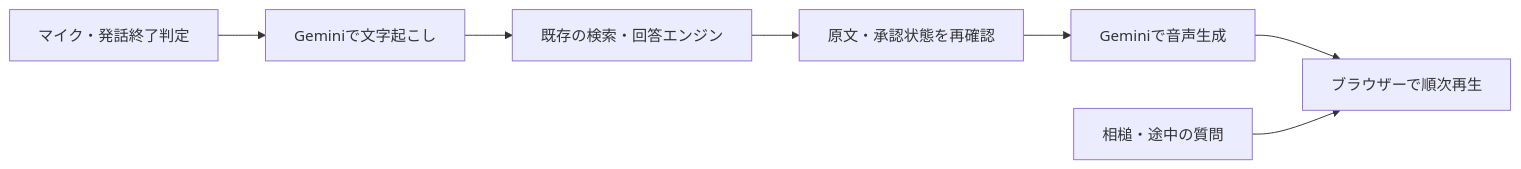
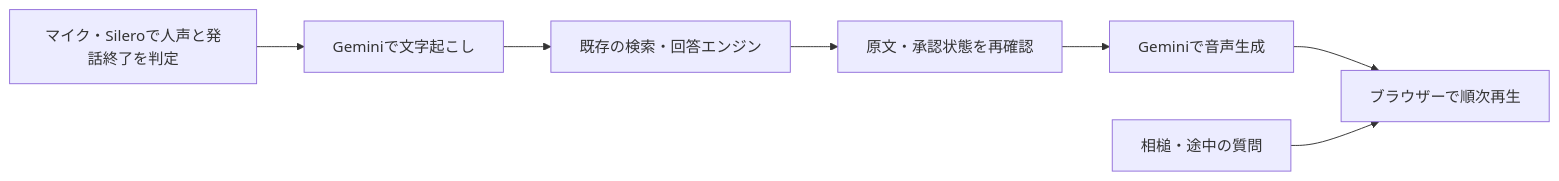
Before and after one commit to ryoheiwatanabe/ai-mendan-kun: the diagram in docs/voice/README.md, drawn with Mermaid. The commit also changed other lines of this file and 15 other files, not shown here.

````diff
--- a/docs/voice/README.md
+++ b/docs/voice/README.md
@@ -7,9 +7,9 @@
 ```mermaid
 flowchart LR
-  M[マイク・発話終了判定] --> S[Geminiで文字起こし]
+  M[マイク・Sileroで人声と発話終了を判定] --> S[Geminiで文字起こし]
   S --> R[既存の検索・回答エンジン]
   R --> G[原文・承認状態を再確認]
   G --> T[Geminiで音声生成]
   T --> P[ブラウザーで順次再生]
   I[相槌・途中の質問] --> P
 ```
````
